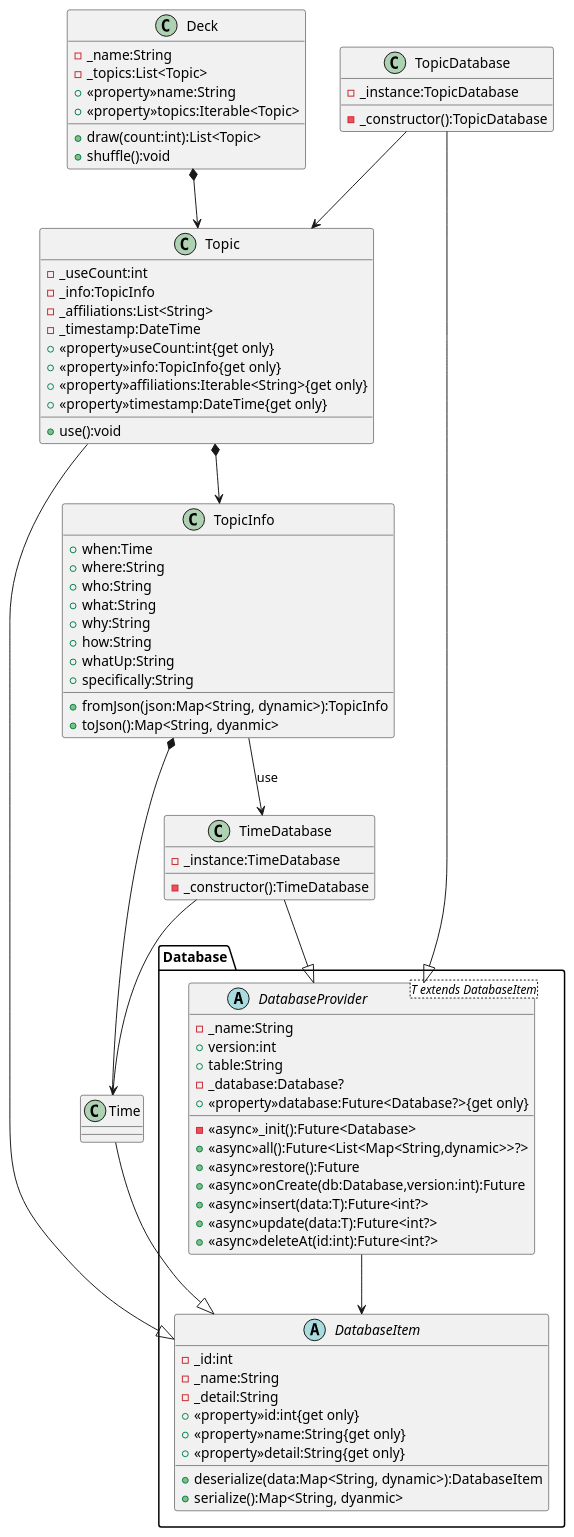
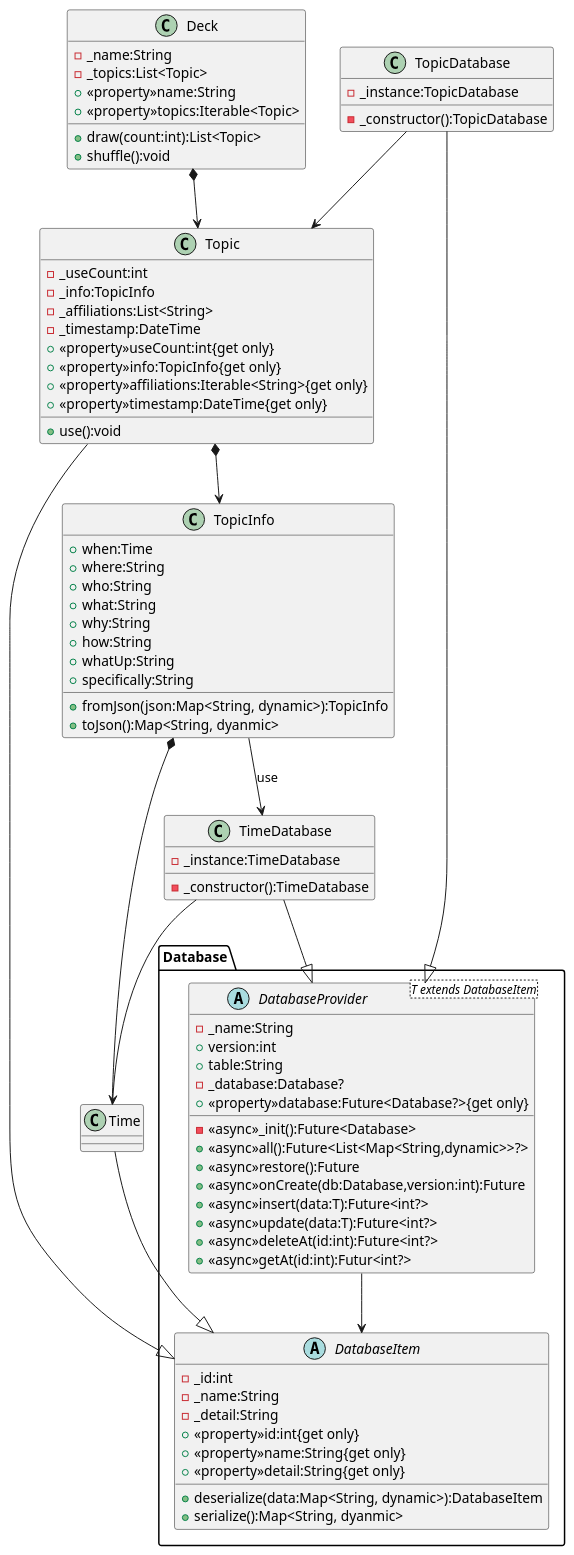
Before and after one commit to nmskm240/conversation_deck: the diagram in classDiagram.pu, drawn with PlantUML. The commit also changed 2 other files, not shown here.

```diff
--- a/classDiagram.pu
+++ b/classDiagram.pu
@@ -1,92 +1,93 @@
 @startuml Conversation deck cards
 package Database
 {
     abstract DatabaseItem
     {
         -_id:int
         -_name:String
         -_detail:String
         +<<property>>id:int{get only}
         +<<property>>name:String{get only}
         +<<property>>detail:String{get only}
         +deserialize(data:Map<String, dynamic>):DatabaseItem
         +serialize():Map<String, dyanmic>
     }
     abstract DatabaseProvider<T extends DatabaseItem>
     {
         -_name:String
         +version:int
         +table:String
         -_database:Database?
         +<<property>>database:Future<Database?>{get only}
         -<<async>>_init():Future<Database>
         +<<async>>all():Future<List<Map<String,dynamic>>?>
         +<<async>>restore():Future
         +<<async>>onCreate(db:Database,version:int):Future
         +<<async>>insert(data:T):Future<int?>
         +<<async>>update(data:T):Future<int?>
         +<<async>>deleteAt(id:int):Future<int?>
+        +<<async>>getAt(id:int):Futur<int?>
     }
 }
 class Deck
 {
     -_name:String
     -_topics:List<Topic>
     +<<property>>name:String
     +<<property>>topics:Iterable<Topic>
     +draw(count:int):List<Topic>
     +shuffle():void
 }
 class Topic
 {
     -_useCount:int
     -_info:TopicInfo
     -_affiliations:List<String>
     -_timestamp:DateTime
     +<<property>>useCount:int{get only}
     +<<property>>info:TopicInfo{get only}
     +<<property>>affiliations:Iterable<String>{get only}
     +<<property>>timestamp:DateTime{get only}
     +use():void
 }
 class TopicInfo
 {
     +when:Time
     +where:String
     +who:String
     +what:String
     +why:String
     +how:String
     +whatUp:String
     +specifically:String
     +fromJson(json:Map<String, dynamic>):TopicInfo
     +toJson():Map<String, dyanmic>
 }
 class TopicDatabase
 {
     -_instance:TopicDatabase
     -_constructor():TopicDatabase
 }
 class Time
 class TimeDatabase
 {
     -_instance:TimeDatabase
     -_constructor():TimeDatabase
 }
 
 DatabaseProvider --> DatabaseItem
 TopicDatabase --> Topic
 TimeDatabase --> Time
 TopicInfo --> TimeDatabase : use
 
 TopicDatabase --|> DatabaseProvider
 TimeDatabase --|> DatabaseProvider
 Topic --|> DatabaseItem
 Time --|> DatabaseItem
 
 Topic *--> TopicInfo
 Deck *--> Topic
 
 TopicInfo *-- Time
 
 @enduml
```
